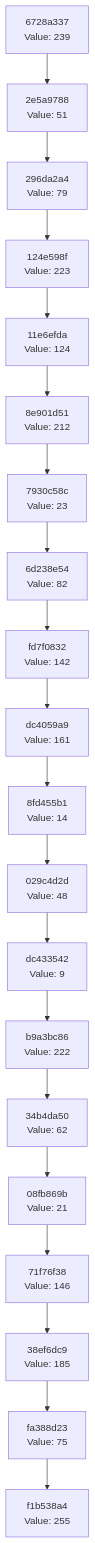
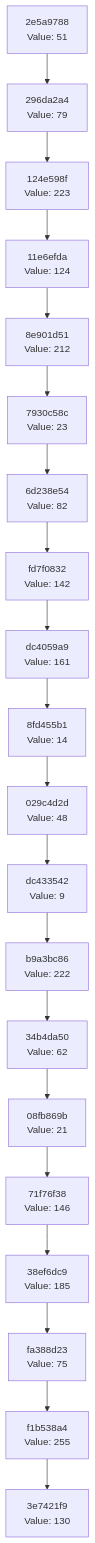
One commit to Abhisheksinha1506/hash-chain-evolver changed the diagram in docs/CHAIN_VISUALIZATION.md. Above: the diagram before and after it, drawn with Mermaid. The commit also changed 3 other files, not shown here.

````diff
--- a/docs/CHAIN_VISUALIZATION.md
+++ b/docs/CHAIN_VISUALIZATION.md
@@ -3,42 +3,42 @@
 ```mermaid
 graph TD
-    C0["f1b538a4<br/>Value: 255"]
-    C1["fa388d23<br/>Value: 75"]
+    C0["3e7421f9<br/>Value: 130"]
+    C1["f1b538a4<br/>Value: 255"]
     C1 --> C0
-    C2["38ef6dc9<br/>Value: 185"]
+    C2["fa388d23<br/>Value: 75"]
     C2 --> C1
-    C3["71f76f38<br/>Value: 146"]
+    C3["38ef6dc9<br/>Value: 185"]
     C3 --> C2
-    C4["08fb869b<br/>Value: 21"]
+    C4["71f76f38<br/>Value: 146"]
     C4 --> C3
-    C5["34b4da50<br/>Value: 62"]
+    C5["08fb869b<br/>Value: 21"]
     C5 --> C4
-    C6["b9a3bc86<br/>Value: 222"]
+    C6["34b4da50<br/>Value: 62"]
     C6 --> C5
-    C7["dc433542<br/>Value: 9"]
+    C7["b9a3bc86<br/>Value: 222"]
     C7 --> C6
-    C8["029c4d2d<br/>Value: 48"]
+    C8["dc433542<br/>Value: 9"]
     C8 --> C7
-    C9["8fd455b1<br/>Value: 14"]
+    C9["029c4d2d<br/>Value: 48"]
     C9 --> C8
-    C10["dc4059a9<br/>Value: 161"]
+    C10["8fd455b1<br/>Value: 14"]
     C10 --> C9
-    C11["fd7f0832<br/>Value: 142"]
+    C11["dc4059a9<br/>Value: 161"]
     C11 --> C10
-    C12["6d238e54<br/>Value: 82"]
+    C12["fd7f0832<br/>Value: 142"]
     C12 --> C11
-    C13["7930c58c<br/>Value: 23"]
+    C13["6d238e54<br/>Value: 82"]
     C13 --> C12
-    C14["8e901d51<br/>Value: 212"]
+    C14["7930c58c<br/>Value: 23"]
     C14 --> C13
-    C15["11e6efda<br/>Value: 124"]
+    C15["8e901d51<br/>Value: 212"]
     C15 --> C14
-    C16["124e598f<br/>Value: 223"]
+    C16["11e6efda<br/>Value: 124"]
     C16 --> C15
-    C17["296da2a4<br/>Value: 79"]
+    C17["124e598f<br/>Value: 223"]
     C17 --> C16
-    C18["2e5a9788<br/>Value: 51"]
+    C18["296da2a4<br/>Value: 79"]
     C18 --> C17
-    C19["6728a337<br/>Value: 239"]
+    C19["2e5a9788<br/>Value: 51"]
     C19 --> C18
 ```
````
